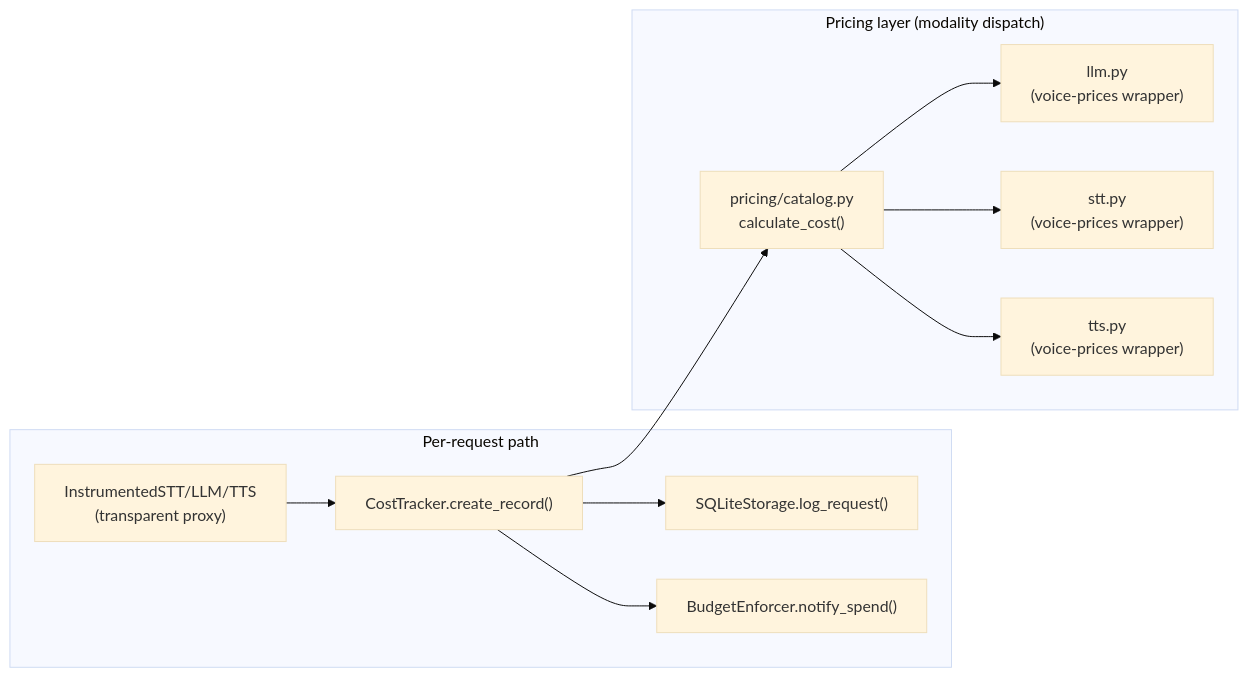
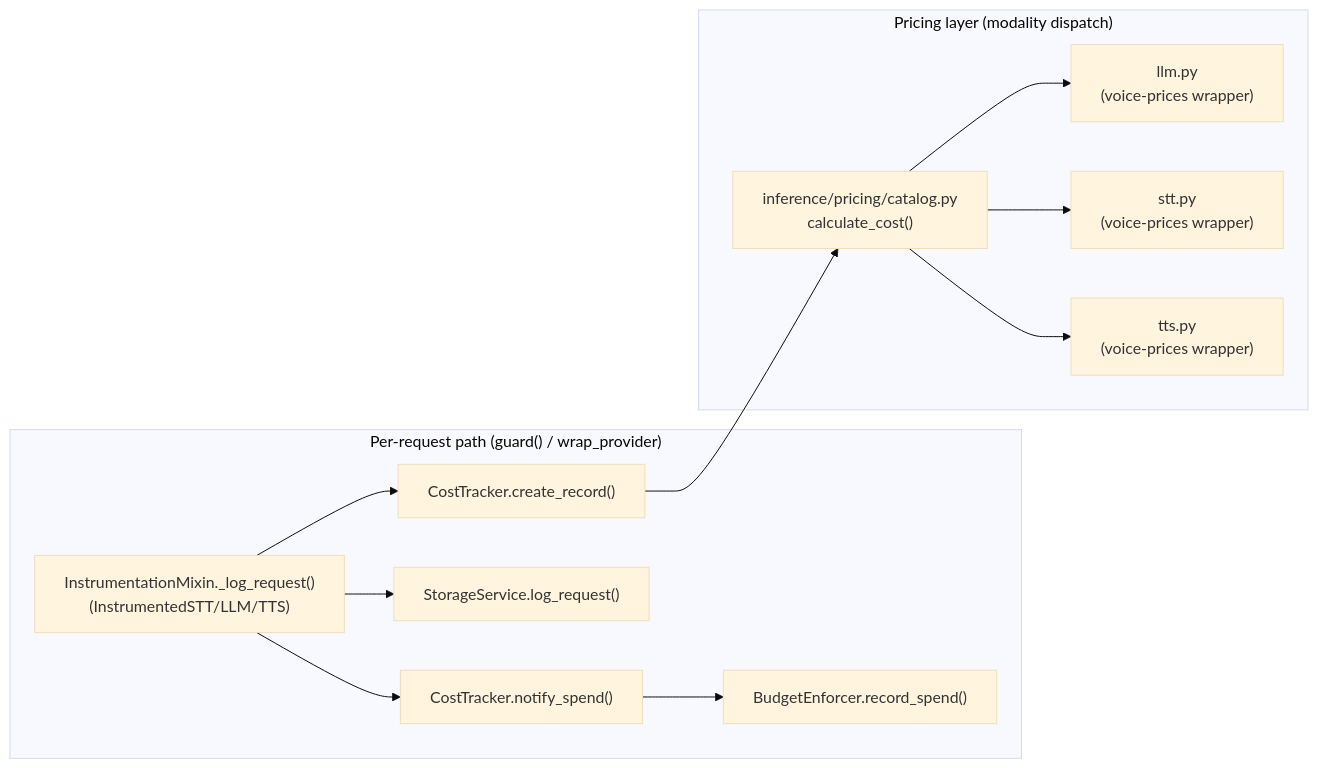
The diagram in docs/architecture/cost-tracking.md (mahimailabs/voicegateway), drawn with Mermaid (base theme) before and after one commit. The commit also changed other lines of this file and 35 other files, not shown here.

````diff
--- a/docs/architecture/cost-tracking.md
+++ b/docs/architecture/cost-tracking.md
@@ -12,24 +12,26 @@
 ```mermaid
 graph LR
-    subgraph Request["Per-request path"]
-        WRAP["InstrumentedSTT/LLM/TTS<br/>(transparent proxy)"]
+    subgraph Request["Per-request path (guard() / wrap_provider)"]
+        WRAP["InstrumentationMixin._log_request()<br/>(InstrumentedSTT/LLM/TTS)"]
         CT["CostTracker.create_record()"]
-        STORE["SQLiteStorage.log_request()"]
-        BUDGET["BudgetEnforcer.notify_spend()"]
+        STORE["StorageService.log_request()"]
+        NS["CostTracker.notify_spend()"]
+        BUDGET["BudgetEnforcer.record_spend()"]
     end
 
     subgraph Pricing["Pricing layer (modality dispatch)"]
-        FACADE["pricing/catalog.py<br/>calculate_cost()"]
+        FACADE["inference/pricing/catalog.py<br/>calculate_cost()"]
         LLM["llm.py<br/>(voice-prices wrapper)"]
         STT["stt.py<br/>(voice-prices wrapper)"]
         TTS["tts.py<br/>(voice-prices wrapper)"]
     end
 
     WRAP --> CT
     CT --> FACADE
     FACADE --> LLM
     FACADE --> STT
     FACADE --> TTS
-    CT --> STORE
-    CT --> BUDGET
+    WRAP --> STORE
+    WRAP --> NS
+    NS --> BUDGET
 ```
````
